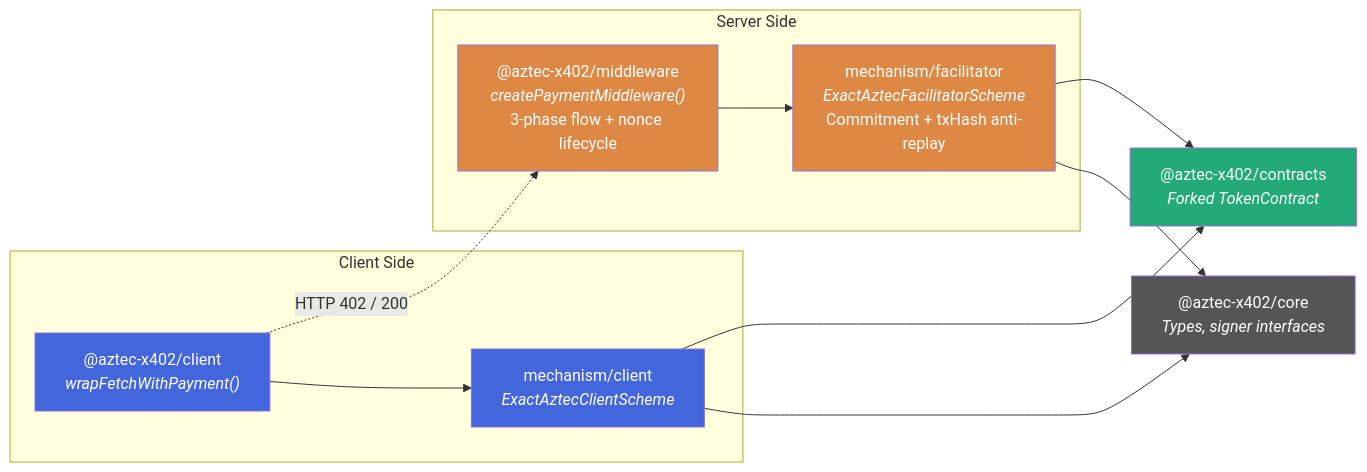
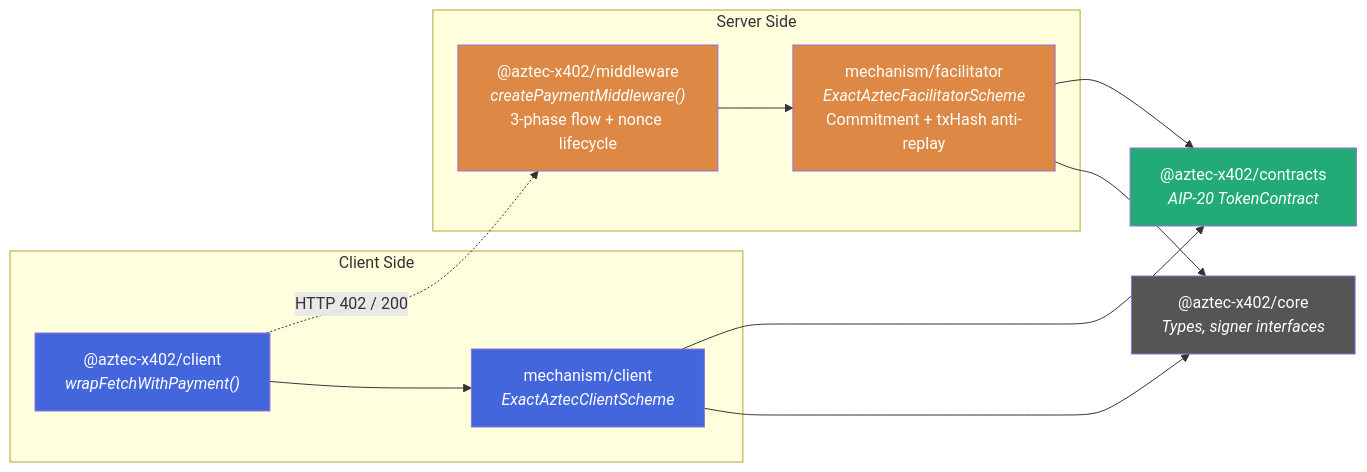
The second of 2 diagrams in readme.md (Galactica-corp/aztec-x402), drawn with Mermaid before and after one commit. The commit also changed other lines of this file and 17 other files, not shown here.

First line of the commit message:
refactor: switch from forked token to AIP-20 standard

````diff
--- a/readme.md
+++ b/readme.md
@@ -150,30 +138,30 @@
 ```mermaid
 graph LR
     subgraph Client Side
         CL["@aztec-x402/client<br/><i>wrapFetchWithPayment()</i>"]
         MC["mechanism/client<br/><i>ExactAztecClientScheme</i>"]
     end
 
     subgraph Server Side
         MW["@aztec-x402/middleware<br/><i>createPaymentMiddleware()</i><br/>3-phase flow + nonce lifecycle"]
         MF["mechanism/facilitator<br/><i>ExactAztecFacilitatorScheme</i><br/>Commitment + txHash anti-replay"]
     end
 
-    CT["@aztec-x402/contracts<br/><i>Forked TokenContract</i>"]
+    CT["@aztec-x402/contracts<br/><i>AIP-20 TokenContract</i>"]
     CO["@aztec-x402/core<br/><i>Types, signer interfaces</i>"]
 
     CL --> MC
     MW --> MF
     MC --> CO
     MF --> CO
     CL -.->|HTTP 402 / 200| MW
     MF --> CT
     MC --> CT
 
     style CL fill:#46d,color:#fff
     style MC fill:#46d,color:#fff
     style MW fill:#d84,color:#fff
     style MF fill:#d84,color:#fff
     style CT fill:#2a7,color:#fff
     style CO fill:#555,color:#fff
 ```
````
